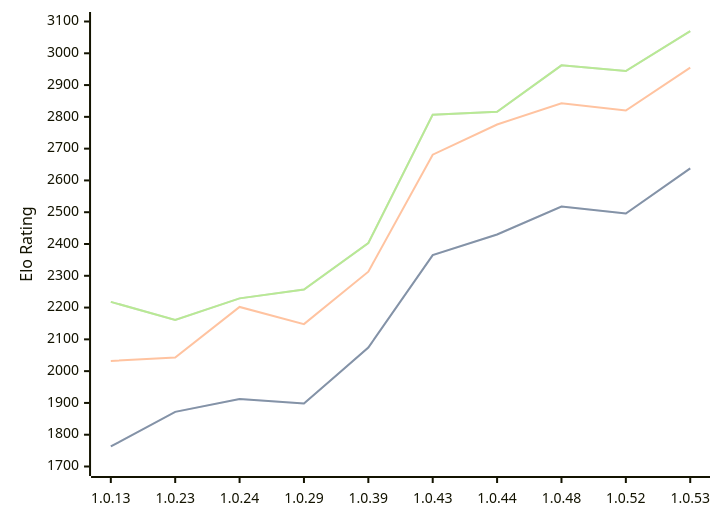
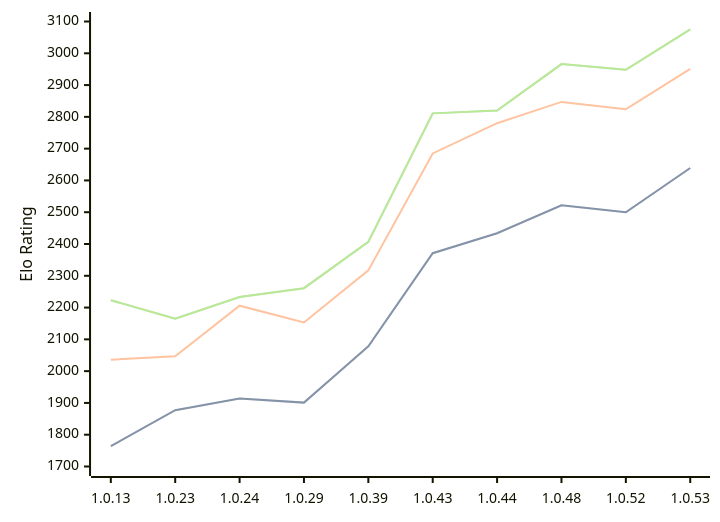
One commit to computer-chess-index/cci changed the diagram in engines/RustyRival.md. Above: the diagram before and after it, drawn with Mermaid. The commit also changed other lines of this file, not shown here.

Commit message:
Update CCI Ratings (ELO VLTC) - 2026-08-18

````diff
--- a/engines/RustyRival.md
+++ b/engines/RustyRival.md
@@ -54,11 +54,11 @@
 ```mermaid
 %%{init: {"theme":"base","themeVariables":{"seriesColors:['#a3a3a3','#222221','#faa371']}}}%%
 xychart-beta
   x-axis ["1.0.13", "1.0.23", "1.0.24", "1.0.29", "1.0.39", "1.0.43", "1.0.44", "1.0.48", "1.0.52", "1.0.53"]
   y-axis "Elo Rating" 1700 --> 3100
-  line "STC (8.0+0.08s)" [1763, 1872, 1912, 1898, 2074, 2365, 2430, 2518, 2496, 2638]
-  line "STC (8.0+0.08s)" [1763, 1872, 1912, 1898, 2074, 2365, 2430, 2518, 2496, 2638]
-  line "LTC (60.0+0.60s)" [2032, 2043, 2202, 2148, 2313, 2681, 2776, 2843, 2820, 2955]
-  line "VLTC (2m24s+1.12s)" [2218, 2161, 2229, 2257, 2403, 2807, 2816, 2962, 2944, 3070]
-  line "VLTC (2m24s+1.12s)" [2218, 2161, 2229, 2257, 2403, 2807, 2816, 2962, 2944, 3070]
+  line "STC (8.0+0.08s)" [1764, 1877, 1914, 1901, 2078, 2371, 2434, 2522, 2500, 2639]
+  line "STC (8.0+0.08s)" [1764, 1877, 1914, 1901, 2078, 2371, 2434, 2522, 2500, 2639]
+  line "LTC (60.0+0.60s)" [2036, 2047, 2206, 2153, 2317, 2685, 2780, 2847, 2824, 2951]
+  line "VLTC (2m24s+1.12s)" [2223, 2165, 2233, 2261, 2407, 2811, 2820, 2966, 2948, 3075]
+  line "VLTC (2m24s+1.12s)" [2223, 2165, 2233, 2261, 2407, 2811, 2820, 2966, 2948, 3075]
 ```
````
